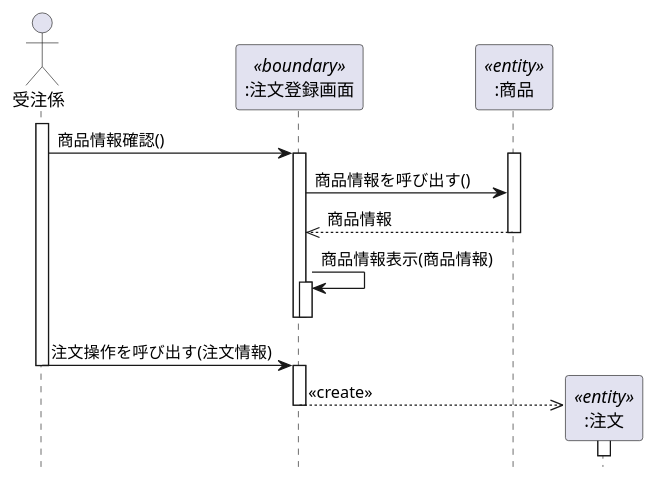
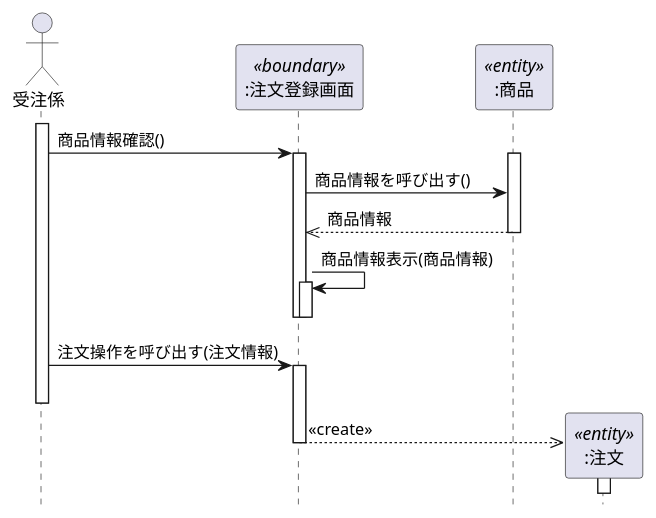
Before and after one commit to Aishin12/uml_introduction: the diagram in 演習4-4_SD_商品注文.pu, drawn with PlantUML. The commit also changed other lines of this file, not shown here.

```diff
--- a/演習4-4_SD_商品注文.pu
+++ b/演習4-4_SD_商品注文.pu
@@ -1,31 +1,31 @@
 @startuml 商品注文
 hide footbox
 actor 受注係 as owner
 participant ":注文登録画面" as boundary <<boundary>>
 participant ":商品" as entity <<entity>>
 participant ":注文" as order <<entity>>
 
 activate owner
 owner -> boundary: 商品情報確認()
 activate  boundary
     activate entity
         boundary -> entity:商品情報を呼び出す()
         boundary <<-- entity:商品情報
     deactivate entity
 
     boundary -> boundary:商品情報表示(商品情報)
     activate boundary
     deactivate boundary
 deactivate boundary
 
 
 owner -> boundary:注文操作を呼び出す(注文情報)
+activate boundary
 deactivate owner
-activate boundary
         create order
             boundary -->> order:<<create>>
             activate order
             deactivate order
 deactivate boundary
 
 @enduml
```
